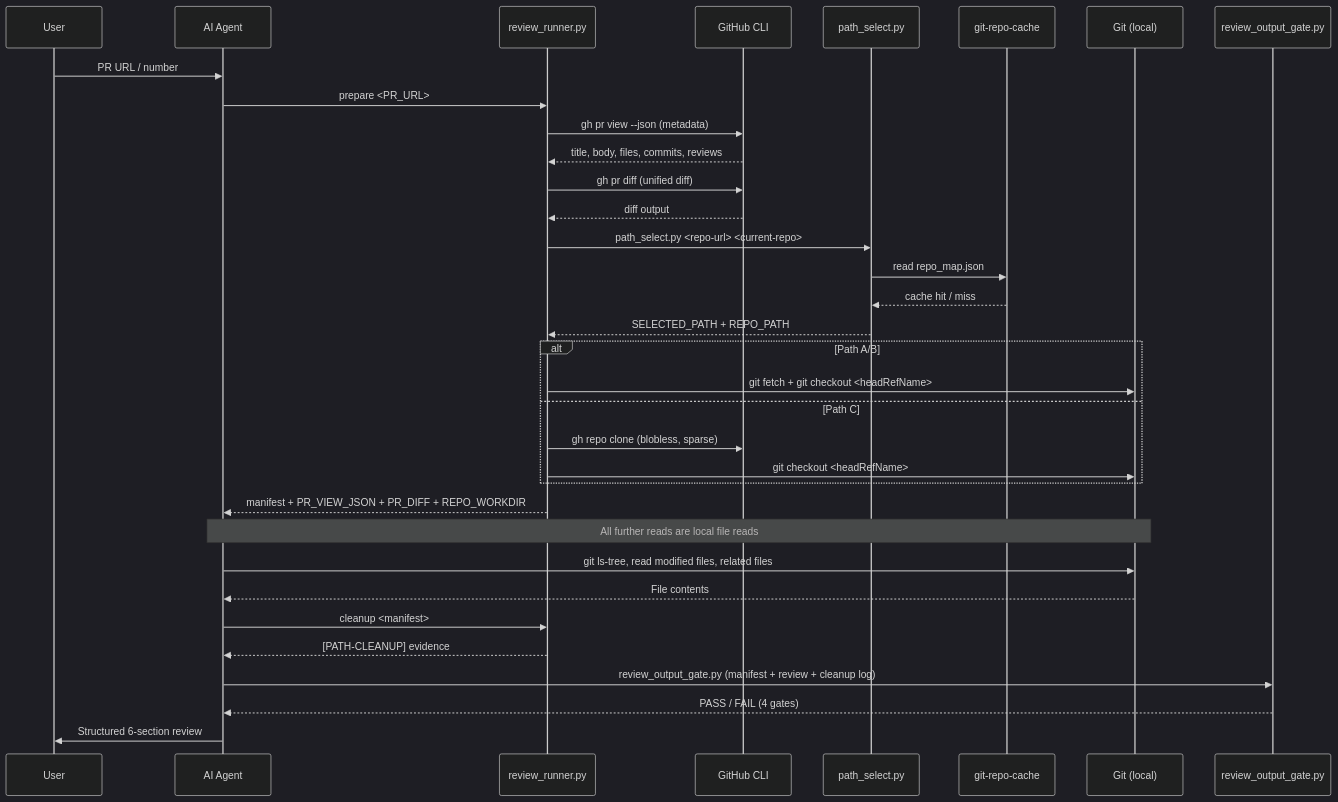
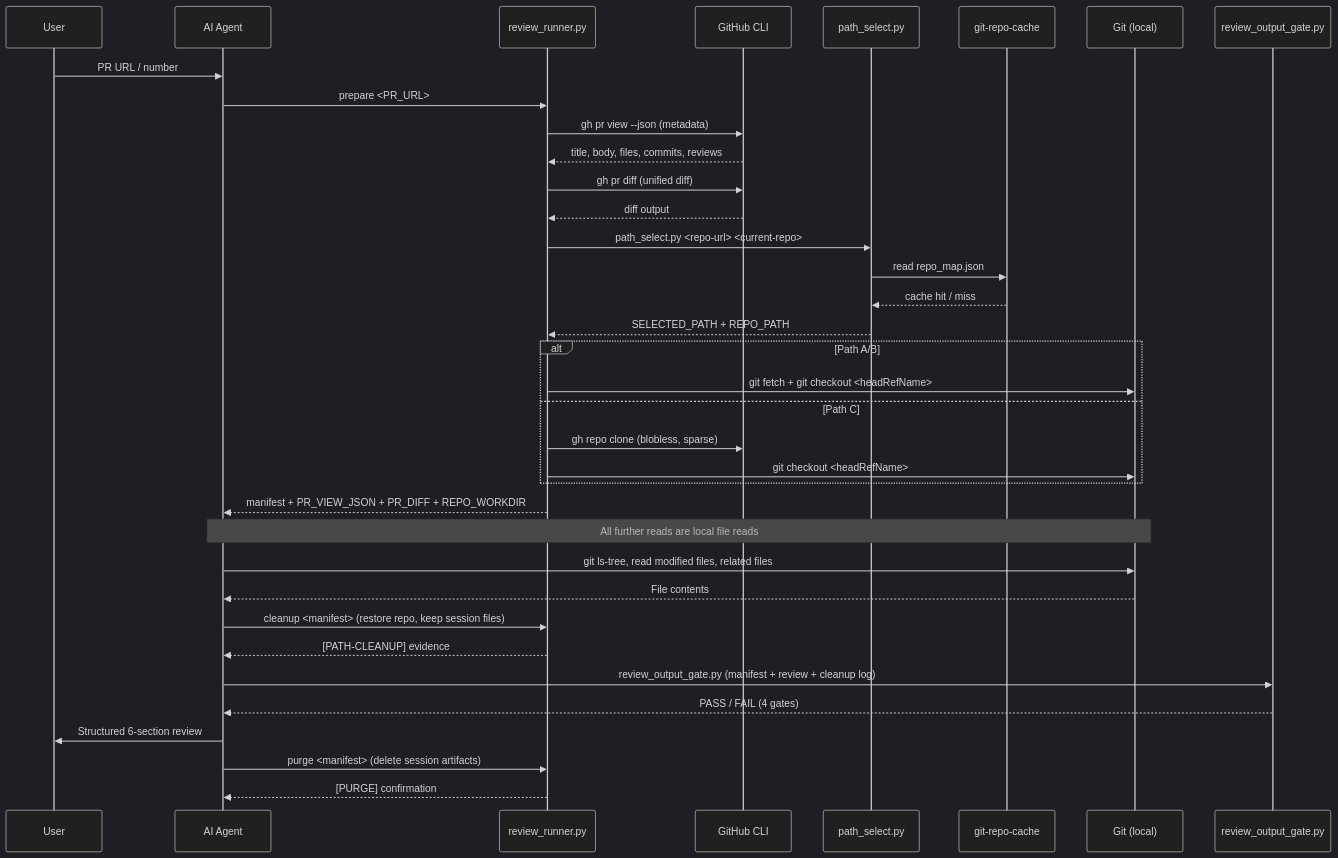
One commit to jie-meng/ai-skills changed the second of 3 diagrams in mythril_agent_skills/skills/github-code-review-pr/README.md. Above: the diagram before and after it, drawn with Mermaid (dark theme). The commit also changed other lines of this file and 2 other files, not shown here.

Commit message:
[github-code-review-pr] split cleanup into cleanup + purge; keep session files for gate validation

````diff
--- a/mythril_agent_skills/skills/github-code-review-pr/README.md
+++ b/mythril_agent_skills/skills/github-code-review-pr/README.md
@@ -94,45 +102,48 @@
 ```mermaid
 sequenceDiagram
     participant User
     participant Skill as AI Agent
     participant Runner as review_runner.py
     participant gh as GitHub CLI
     participant PathSel as path_select.py
     participant Cache as git-repo-cache
     participant Git as Git (local)
     participant Gate as review_output_gate.py
 
     User->>Skill: PR URL / number
 
     Skill->>Runner: prepare <PR_URL>
     Runner->>gh: gh pr view --json (metadata)
     gh-->>Runner: title, body, files, commits, reviews
     Runner->>gh: gh pr diff (unified diff)
     gh-->>Runner: diff output
     Runner->>PathSel: path_select.py <repo-url> <current-repo>
     PathSel->>Cache: read repo_map.json
     Cache-->>PathSel: cache hit / miss
     PathSel-->>Runner: SELECTED_PATH + REPO_PATH
 
     alt Path A/B
         Runner->>Git: git fetch + git checkout <headRefName>
     else Path C
         Runner->>gh: gh repo clone (blobless, sparse)
         Runner->>Git: git checkout <headRefName>
     end
 
     Runner-->>Skill: manifest + PR_VIEW_JSON + PR_DIFF + REPO_WORKDIR
 
     Note over Skill,Git: All further reads are local file reads
 
     Skill->>Git: git ls-tree, read modified files, related files
     Git-->>Skill: File contents
 
-    Skill->>Runner: cleanup <manifest>
+    Skill->>Runner: cleanup <manifest> (restore repo, keep session files)
     Runner-->>Skill: [PATH-CLEANUP] evidence
 
     Skill->>Gate: review_output_gate.py (manifest + review + cleanup log)
     Gate-->>Skill: PASS / FAIL (4 gates)
 
     Skill->>User: Structured 6-section review
+
+    Skill->>Runner: purge <manifest> (delete session artifacts)
+    Runner-->>Skill: [PURGE] confirmation
 ```
````
